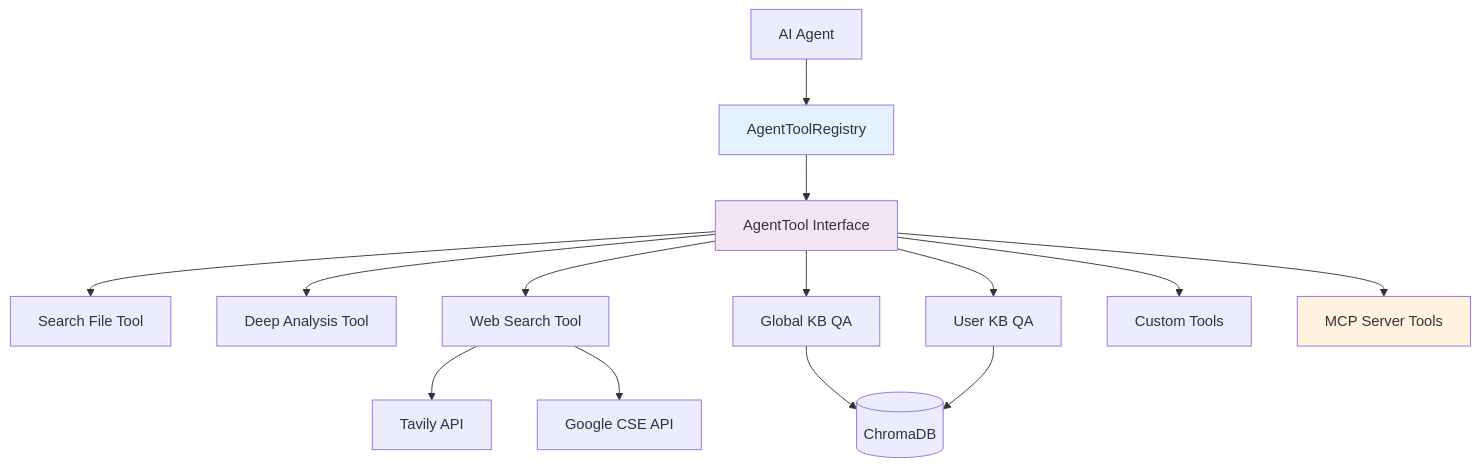
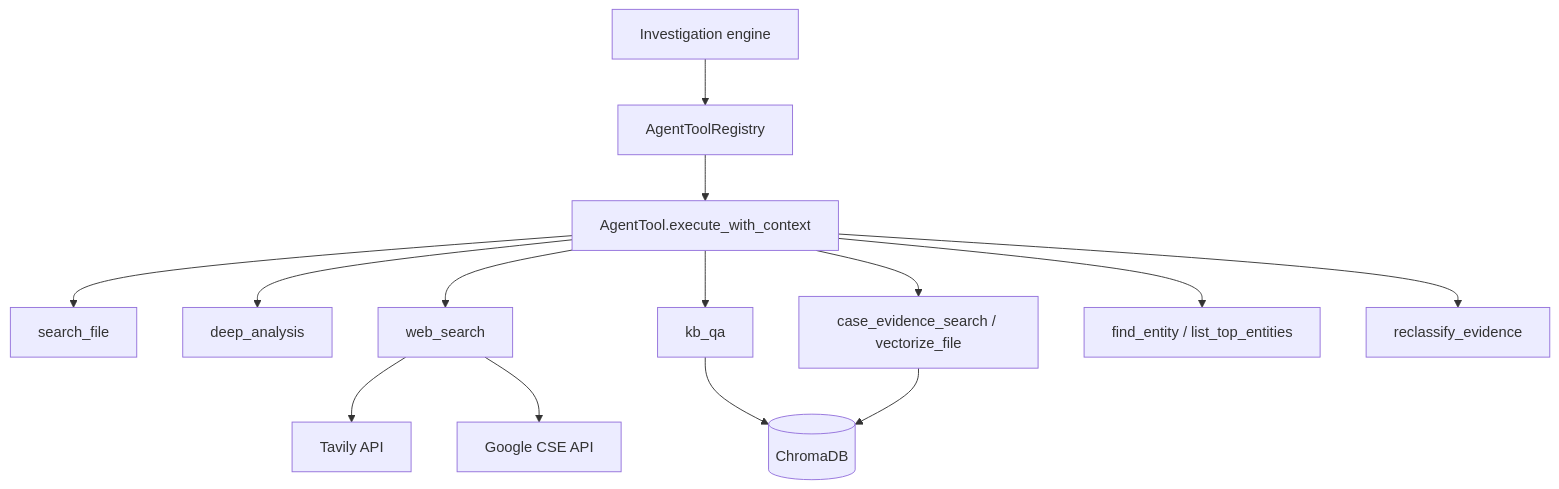
Before and after one commit to FaultMaven/faultmaven: the diagram in docs/reference/tools/README.md, drawn with Mermaid. The commit also changed other lines of this file and 4 other files, not shown here.

First line of the commit message:
docs: correct the tool reference after review of the agent tool API

````diff
--- a/docs/reference/tools/README.md
+++ b/docs/reference/tools/README.md
@@ -22,22 +9,18 @@
 ```mermaid
 graph TB
-    Agent[AI Agent] --> Registry[AgentToolRegistry]
-    Registry --> Interface[AgentTool Interface]
+    Engine[Investigation engine] --> Registry[AgentToolRegistry]
+    Registry --> Tool[AgentTool.execute_with_context]
 
-    Interface --> SearchFile[Search File Tool]
-    Interface --> DeepAnalysis[Deep Analysis Tool]
-    Interface --> Web[Web Search Tool]
-    Interface --> GlobalKB[Global KB QA]
-    Interface --> UserKB[User KB QA]
-    Interface --> Custom[Custom Tools]
-    Interface --> MCP[MCP Server Tools]
+    Tool --> SearchFile[search_file]
+    Tool --> DeepAnalysis[deep_analysis]
+    Tool --> Web[web_search]
+    Tool --> KB[kb_qa]
+    Tool --> Evidence[case_evidence_search / vectorize_file]
+    Tool --> Entities[find_entity / list_top_entities]
+    Tool --> Reclassify[reclassify_evidence]
 
     Web --> Tavily[Tavily API]
     Web --> GoogleCSE[Google CSE API]
-    GlobalKB --> ChromaDB[(ChromaDB)]
-    UserKB --> ChromaDB
-
-    style Registry fill:#e3f2fd
-    style Interface fill:#f3e5f5
-    style MCP fill:#fff3e0
+    KB --> ChromaDB[(ChromaDB)]
+    Evidence --> ChromaDB
 ```
````
